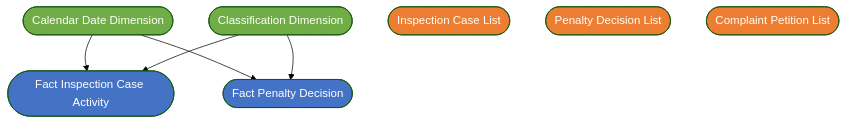
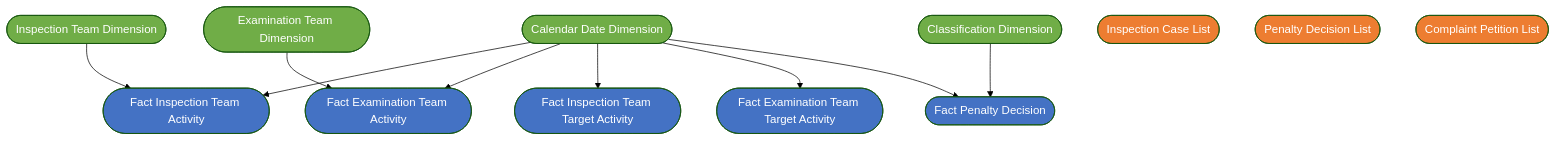
One commit to linhlvit/ubck_atomic_design changed diagram 43 of 43 in Datamart/hld/DTM_TT_HLD.md. Above: the diagram before and after it, drawn with Mermaid (forest theme). The commit also changed other lines of this file and 9 other files, not shown here.

````diff
--- a/Datamart/hld/DTM_TT_HLD.md
+++ b/Datamart/hld/DTM_TT_HLD.md
@@ -1219,19 +1727,28 @@
 ```mermaid
 graph TB
     classDef fact fill:#4472C4,color:#fff
     classDef dim fill:#70AD47,color:#fff
     classDef operational fill:#ED7D31,color:#fff
 
     DIM_DATE(["Calendar Date Dimension"]):::dim
     DIM_CLASS(["Classification Dimension"]):::dim
-    FACT_INSP(["Fact Inspection Case Activity"]):::fact
+    DIM_INSPTEAM(["Inspection Team Dimension"]):::dim
+    DIM_EXAMTEAM(["Examination Team Dimension"]):::dim
+    FACT_INSPTEAM(["Fact Inspection Team Activity"]):::fact
+    FACT_EXAMTEAM(["Fact Examination Team Activity"]):::fact
+    FACT_INSPTARGET(["Fact Inspection Team Target Activity"]):::fact
+    FACT_EXAMTARGET(["Fact Examination Team Target Activity"]):::fact
     FACT_PEN(["Fact Penalty Decision"]):::fact
     OPR_LIST(["Inspection Case List"]):::operational
     OPR_PEN(["Penalty Decision List"]):::operational
     OPR_COMP(["Complaint Petition List"]):::operational
 
-    DIM_DATE --> FACT_INSP
-    DIM_CLASS --> FACT_INSP
+    DIM_DATE --> FACT_INSPTEAM
+    DIM_INSPTEAM --> FACT_INSPTEAM
+    DIM_DATE --> FACT_EXAMTEAM
+    DIM_EXAMTEAM --> FACT_EXAMTEAM
+    DIM_DATE --> FACT_INSPTARGET
+    DIM_DATE --> FACT_EXAMTARGET
     DIM_DATE --> FACT_PEN
     DIM_CLASS --> FACT_PEN
 ```
````
